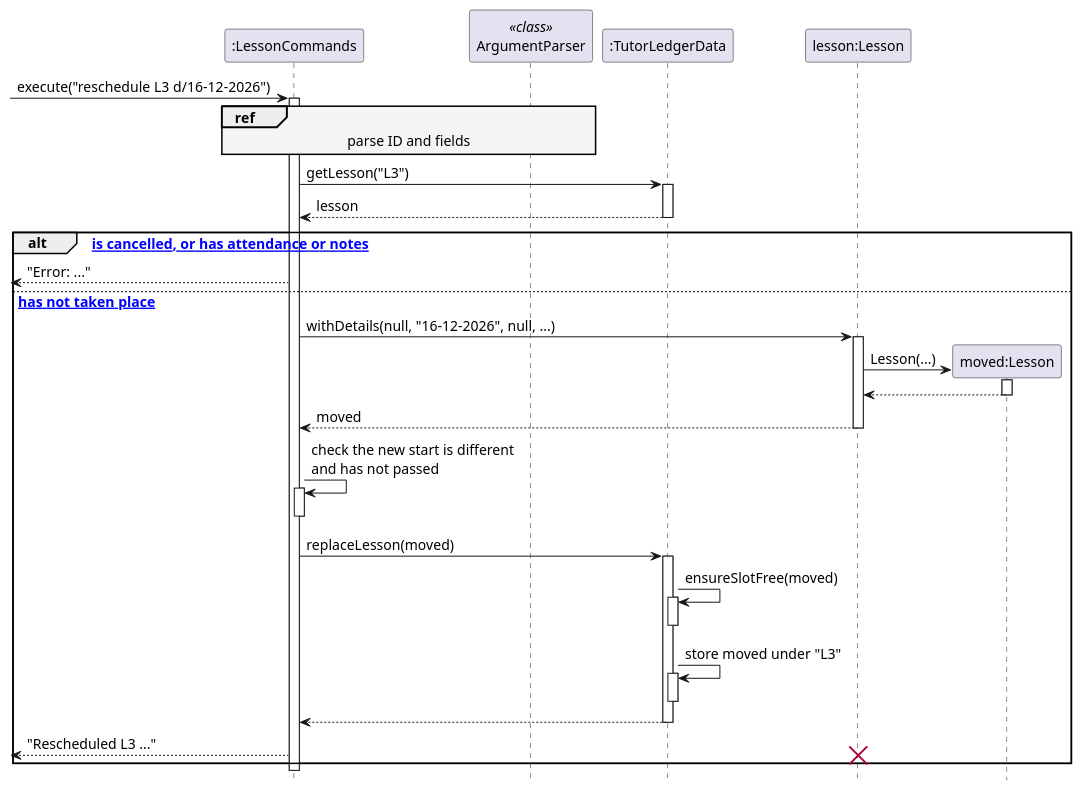
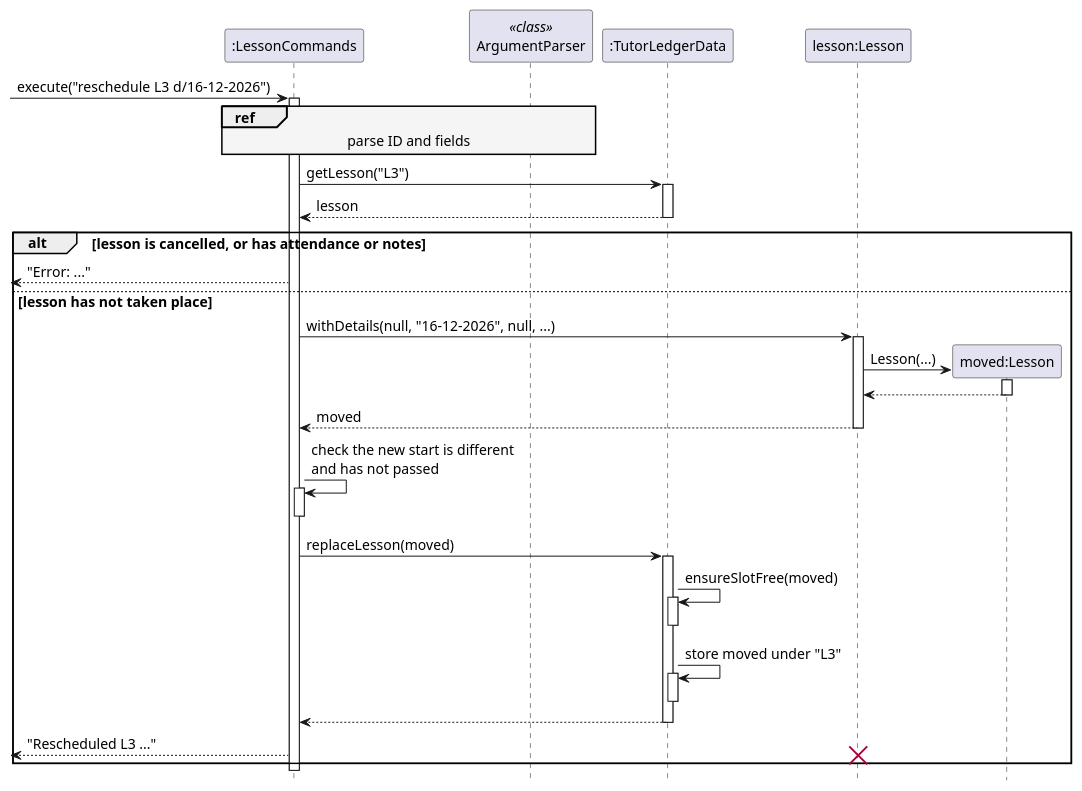
The diagram in docs/diagrams/lesson-reschedule-sequence.puml (AY2627S1-CS2113-W12-2/tp), drawn with PlantUML before and after one commit. The commit also changed 8 other files, not shown here.

First line of the commit message:
DG: Add rendered lesson diagrams

```diff
--- a/docs/diagrams/lesson-reschedule-sequence.puml
+++ b/docs/diagrams/lesson-reschedule-sequence.puml
@@ -1,55 +1,55 @@
 @startuml
 skinparam backgroundColor white
 skinparam defaultFontSize 14
 skinparam shadowing false
 skinparam sequenceReferenceBackgroundColor #F5F5F5
 hide footbox
 
 participant ":LessonCommands" as Commands
 participant "ArgumentParser" as Parser <<class>>
 participant ":TutorLedgerData" as Data
 participant "lesson:Lesson" as Lesson
 
 [-> Commands : execute("reschedule L3 d/16-12-2026")
 activate Commands
 
 ref over Commands, Parser : parse ID and fields
 
 Commands -> Data : getLesson("L3")
 activate Data
 Data --> Commands : lesson
 deactivate Data
 
-alt [lesson is cancelled, or has attendance or notes]
+alt lesson is cancelled, or has attendance or notes
   [<-- Commands : "Error: ..."
-else [lesson has not taken place]
+else lesson has not taken place
   Commands -> Lesson : withDetails(null, "16-12-2026", null, ...)
   activate Lesson
   create "moved:Lesson" as Moved
   Lesson -> Moved : Lesson(...)
   activate Moved
   Moved --> Lesson
   deactivate Moved
   Lesson --> Commands : moved
   deactivate Lesson
 
   Commands -> Commands : check the new start is different\nand has not passed
   activate Commands
   deactivate Commands
 
   Commands -> Data : replaceLesson(moved)
   activate Data
   Data -> Data : ensureSlotFree(moved)
   activate Data
   deactivate Data
   Data -> Data : store moved under "L3"
   activate Data
   deactivate Data
   Data --> Commands
   deactivate Data
 
   [<-- Commands : "Rescheduled L3 ..."
   destroy Lesson
 end
 deactivate Commands
 @enduml
```
